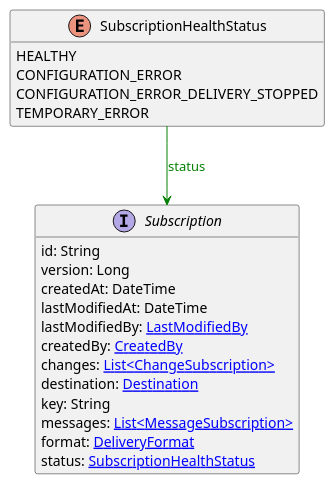
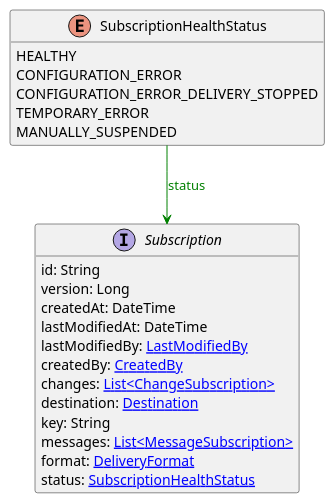
Before and after one commit to commercetools/commercetools-api-reference: the diagram in uml/api/SubscriptionHealthStatus.puml, drawn with PlantUML. The commit also changed 2 other files, not shown here.

```diff
--- a/uml/api/SubscriptionHealthStatus.puml
+++ b/uml/api/SubscriptionHealthStatus.puml
@@ -1,25 +1,26 @@
 @startuml
 
 hide methods
 enum SubscriptionHealthStatus {
     HEALTHY
     CONFIGURATION_ERROR
     CONFIGURATION_ERROR_DELIVERY_STOPPED
     TEMPORARY_ERROR
+    MANUALLY_SUSPENDED
 }
 interface Subscription [[Subscription.svg]]  {
     id: String
     version: Long
     createdAt: DateTime
     lastModifiedAt: DateTime
     lastModifiedBy: [[LastModifiedBy.svg LastModifiedBy]]
     createdBy: [[CreatedBy.svg CreatedBy]]
     changes: [[ChangeSubscription.svg List<ChangeSubscription>]]
     destination: [[Destination.svg Destination]]
     key: String
     messages: [[MessageSubscription.svg List<MessageSubscription>]]
     format: [[DeliveryFormat.svg DeliveryFormat]]
     status: [[SubscriptionHealthStatus.svg SubscriptionHealthStatus]]
 }
 SubscriptionHealthStatus --> Subscription #green;text:green : "status"
 @enduml
```
